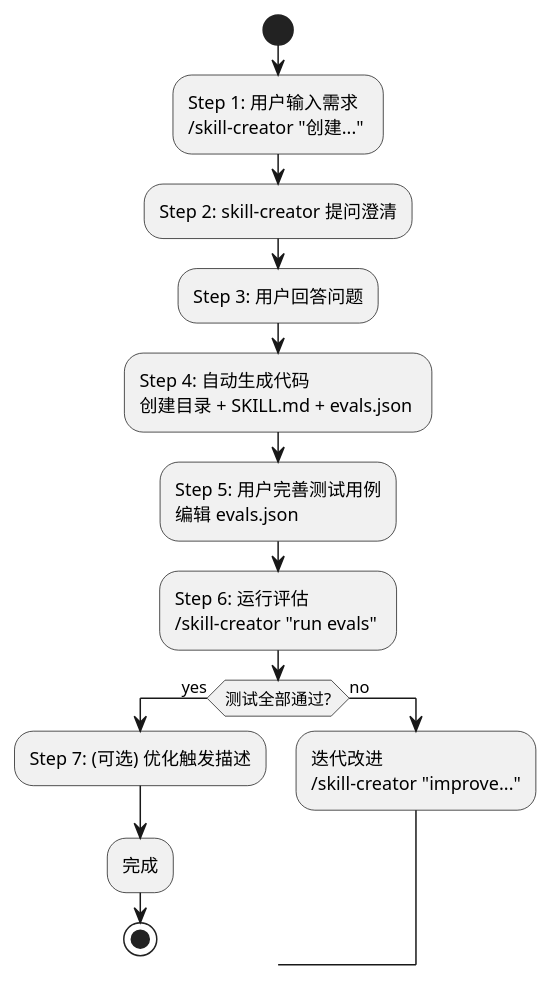
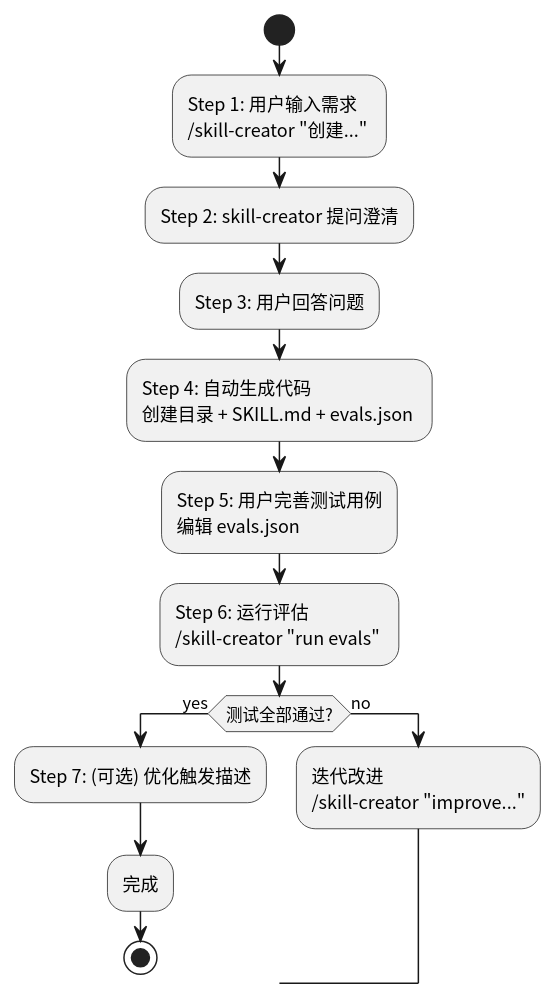
Before and after one commit to syllr/ainote: the first of 2 diagrams in 02-Learning/claude/skill-creator.md, drawn with PlantUML.

````diff
--- a/02-Learning/claude/skill-creator.md
+++ b/02-Learning/claude/skill-creator.md
@@ -81,28 +81,27 @@
 ```plantuml
 @startuml
-skinparam linetype ortho
-skinparam shadowing false
+skinparam defaultFontName "Noto Sans CJK SC"
 
 start
 :Step 1: 用户输入需求\n/skill-creator "创建..." ;
 
 :Step 2: skill-creator 提问澄清;
 
 :Step 3: 用户回答问题;
 
 :Step 4: 自动生成代码\n创建目录 + SKILL.md + evals.json ;
 
 :Step 5: 用户完善测试用例\n编辑 evals.json ;
 
 :Step 6: 运行评估\n/skill-creator "run evals" ;
 
 if (测试全部通过?) then (yes)
   :Step 7: (可选) 优化触发描述;
   :完成;
   stop
 else (no)
   :迭代改进\n/skill-creator "improve...";
   -> Step 6;
 endif
 @enduml
 ```
````
